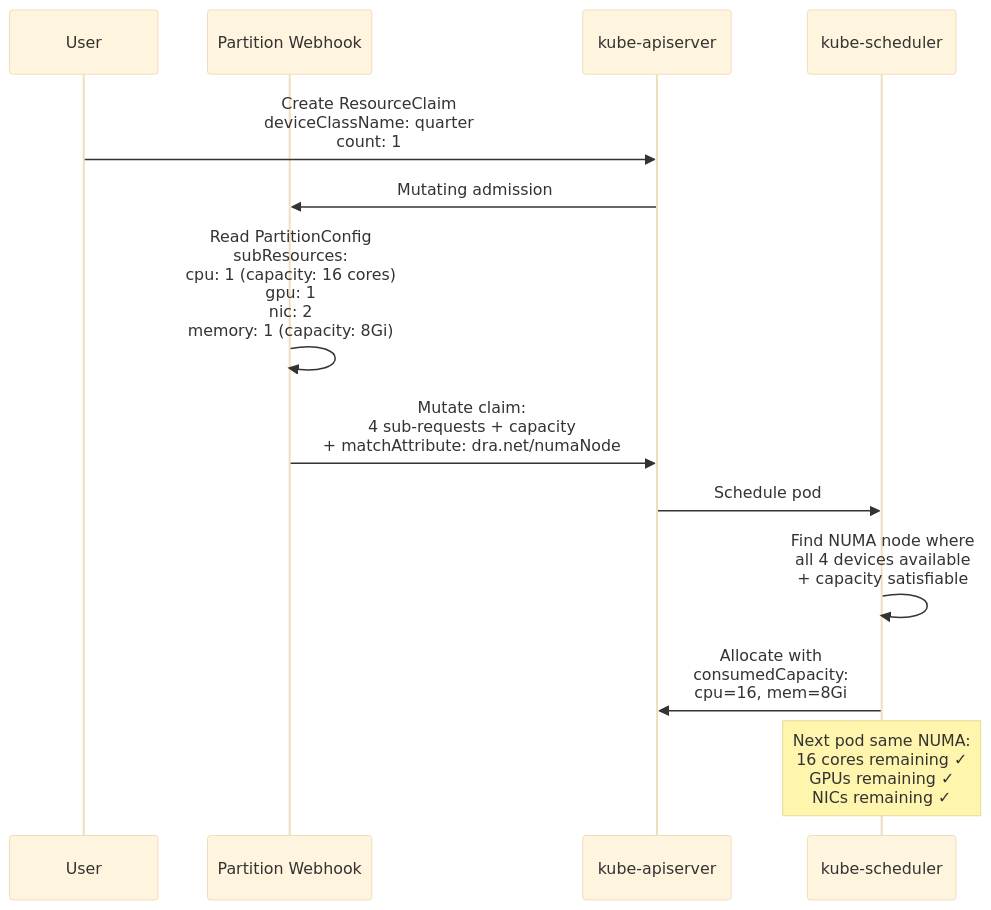
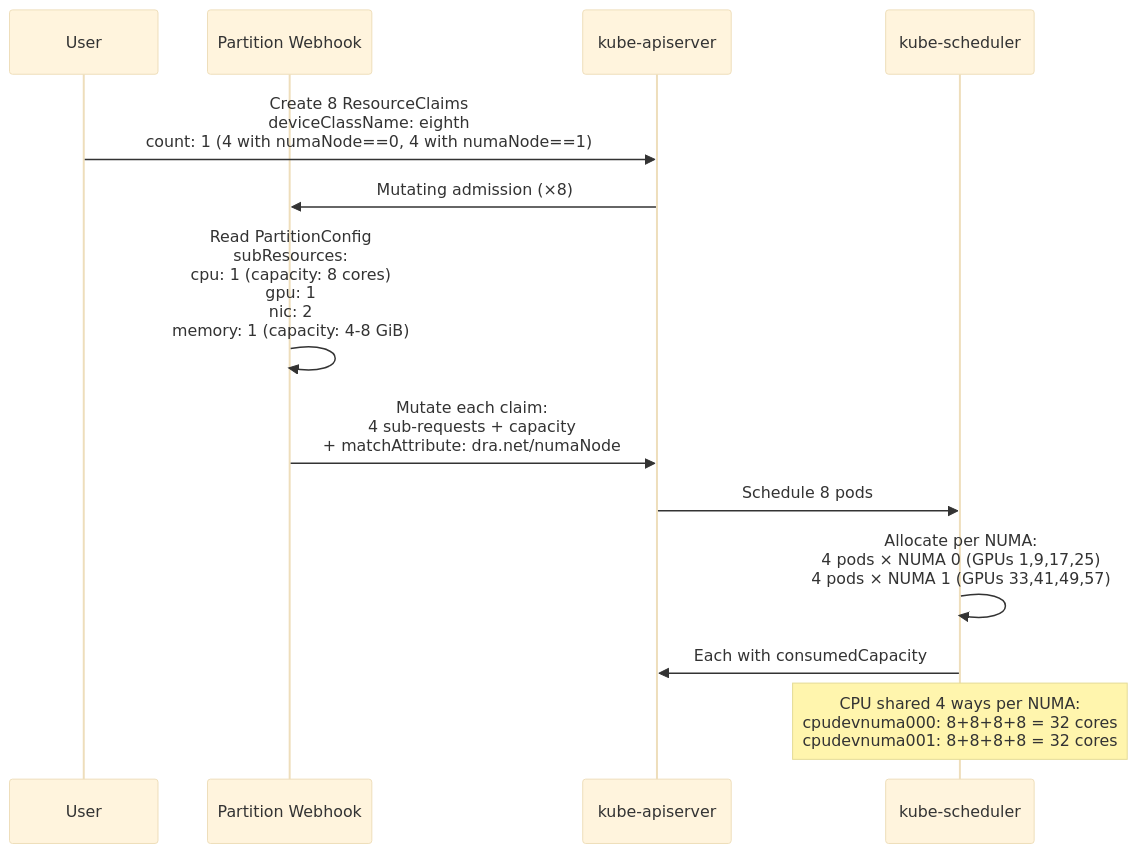
The second of 3 diagrams in testing/topology-coordinator-quarter-machine.md (johnahull/dra-topology-aware-co-placement), drawn with Mermaid (base theme) before and after one commit. The commit also changed other lines of this file, not shown here.

First line of the commit message:
Update partition doc: 8-pod full machine split + eighth fix

````diff
--- a/testing/topology-coordinator-quarter-machine.md
+++ b/testing/topology-coordinator-quarter-machine.md
@@ -115,21 +131,21 @@
 ```mermaid
 sequenceDiagram
     participant User
     participant Webhook as Partition Webhook
     participant API as kube-apiserver
     participant Sched as kube-scheduler
 
-    User->>API: Create ResourceClaim<br/>deviceClassName: quarter<br/>count: 1
+    User->>API: Create 8 ResourceClaims<br/>deviceClassName: eighth<br/>count: 1 (4 with numaNode==0, 4 with numaNode==1)
 
-    API->>Webhook: Mutating admission
+    API->>Webhook: Mutating admission (×8)
 
-    Webhook->>Webhook: Read PartitionConfig<br/>subResources:<br/>  cpu: 1 (capacity: 16 cores)<br/>  gpu: 1<br/>  nic: 2<br/>  memory: 1 (capacity: 8Gi)
+    Webhook->>Webhook: Read PartitionConfig<br/>subResources:<br/>  cpu: 1 (capacity: 8 cores)<br/>  gpu: 1<br/>  nic: 2<br/>  memory: 1 (capacity: 4-8 GiB)
 
-    Webhook->>API: Mutate claim:<br/>4 sub-requests + capacity<br/>+ matchAttribute: dra.net/numaNode
+    Webhook->>API: Mutate each claim:<br/>4 sub-requests + capacity<br/>+ matchAttribute: dra.net/numaNode
 
-    API->>Sched: Schedule pod
-    Sched->>Sched: Find NUMA node where<br/>all 4 devices available<br/>+ capacity satisfiable
-    Sched->>API: Allocate with<br/>consumedCapacity:<br/>cpu=16, mem=8Gi
+    API->>Sched: Schedule 8 pods
+    Sched->>Sched: Allocate per NUMA:<br/>4 pods × NUMA 0 (GPUs 1,9,17,25)<br/>4 pods × NUMA 1 (GPUs 33,41,49,57)
+    Sched->>API: Each with consumedCapacity
 
-    Note over Sched: Next pod same NUMA:<br/>16 cores remaining ✓<br/>GPUs remaining ✓<br/>NICs remaining ✓
+    Note over Sched: CPU shared 4 ways per NUMA:<br/>cpudevnuma000: 8+8+8+8 = 32 cores<br/>cpudevnuma001: 8+8+8+8 = 32 cores
 ```
````
